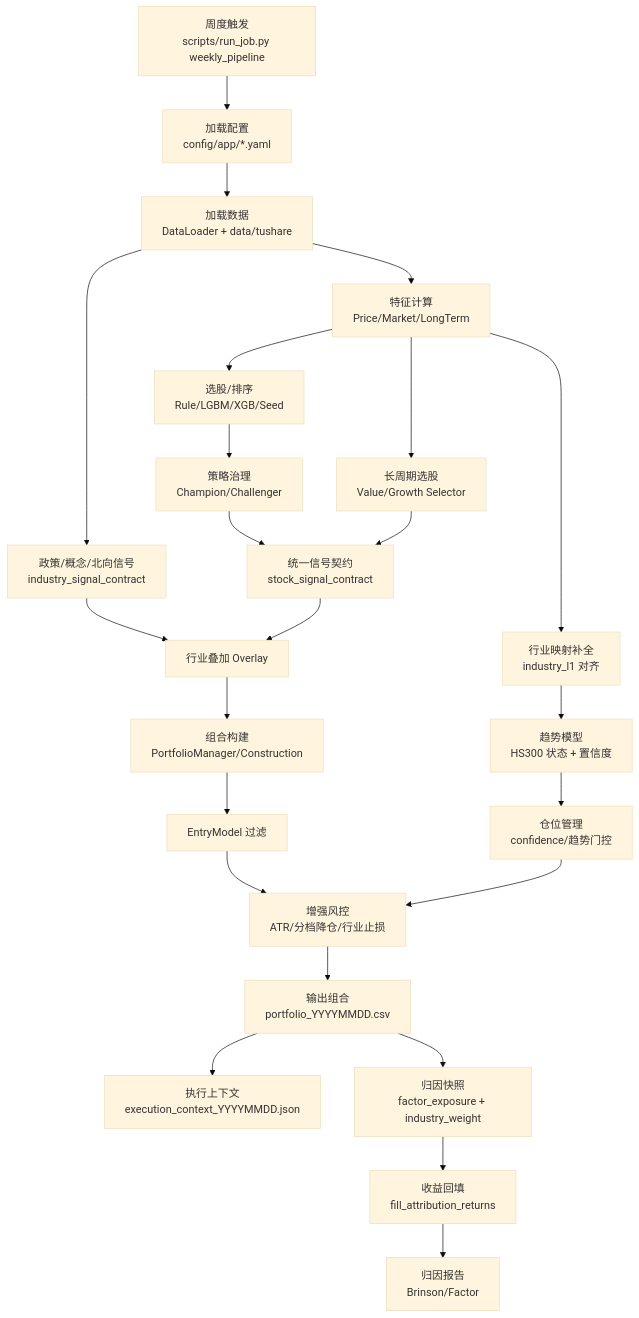
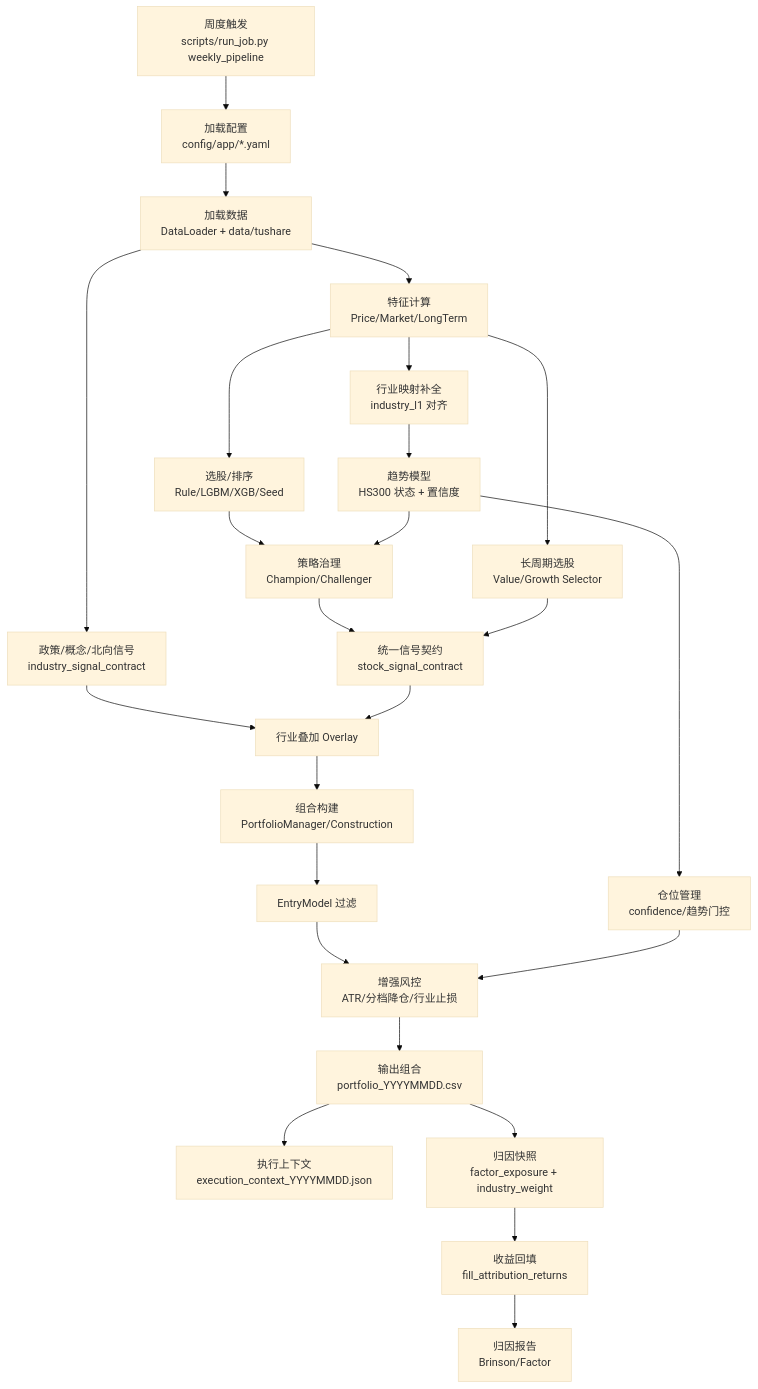
One commit to xiaoguangdong/Sage changed the second of 2 diagrams in docs/2.1 Sage股票智能交易平台总架构设计文档.md. Above: the diagram before and after it, drawn with Mermaid (base theme).

Commit message:
周度流程图补充趋势影响治理

````diff
--- a/docs/2.1 Sage股票智能交易平台总架构设计文档.md
+++ b/docs/2.1 Sage股票智能交易平台总架构设计文档.md
@@ -155,26 +155,27 @@
 ```mermaid
 flowchart TB
   W0["周度触发<br/>scripts/run_job.py weekly_pipeline"] --> W1["加载配置<br/>config/app/*.yaml"]
   W1 --> W2["加载数据<br/>DataLoader + data/tushare"]
   W2 --> W3["特征计算<br/>Price/Market/LongTerm"]
   W3 --> W4["行业映射补全<br/>industry_l1 对齐"]
   W4 --> W5["趋势模型<br/>HS300 状态 + 置信度"]
   W3 --> W6["选股/排序<br/>Rule/LGBM/XGB/Seed"]
   W6 --> W7["策略治理<br/>Champion/Challenger"]
+  W5 --> W7
   W3 --> W8["长周期选股<br/>Value/Growth Selector"]
   W2 --> W9["政策/概念/北向信号<br/>industry_signal_contract"]
   W7 --> W10["统一信号契约<br/>stock_signal_contract"]
   W8 --> W10
   W9 --> W11["行业叠加 Overlay"]
   W10 --> W11
   W11 --> W12["组合构建<br/>PortfolioManager/Construction"]
   W12 --> W13["EntryModel 过滤"]
   W5 --> W14["仓位管理<br/>confidence/趋势门控"]
   W13 --> W15["增强风控<br/>ATR/分档降仓/行业止损"]
   W14 --> W15
   W15 --> W16["输出组合<br/>portfolio_YYYYMMDD.csv"]
   W16 --> W17["执行上下文<br/>execution_context_YYYYMMDD.json"]
   W16 --> W18["归因快照<br/>factor_exposure + industry_weight"]
   W18 --> W19["收益回填<br/>fill_attribution_returns"]
   W19 --> W20["归因报告<br/>Brinson/Factor"]
 ```
````
